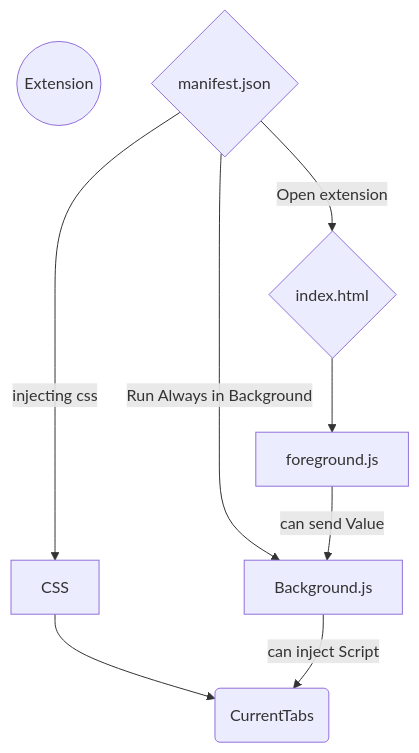
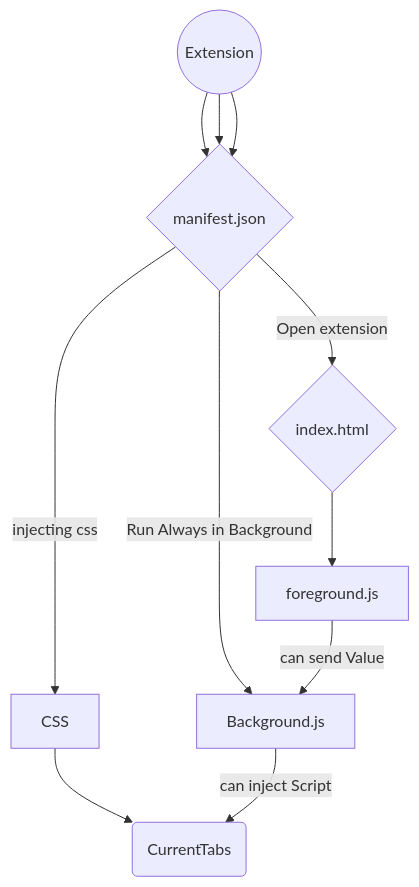
Before and after one commit to yoschigamer/youtubeRework: the first of 2 diagrams in README.md, drawn with Mermaid.

````diff
--- a/README.md
+++ b/README.md
@@ -3,16 +3,16 @@
 ```mermaid
 graph 
 0((Extension))
 A{manifest.json}
 B[Background.js]
 D(CurrentTabs)
 
 B'[CSS]
 
 B_isOpen{index.html}
 C_isOpen[foreground.js]
 
-A -- injecting css --> B' --> D
-A -- Run Always in Background --> B -- can inject Script --> D
-A -- Open extension --> B_isOpen --> C_isOpen -- can send Value --> B
+0 --> A -- injecting css --> B' --> D
+0 --> A -- Run Always in Background --> B -- can inject Script --> D
+0 --> A -- Open extension --> B_isOpen --> C_isOpen -- can send Value --> B
 ```
````
